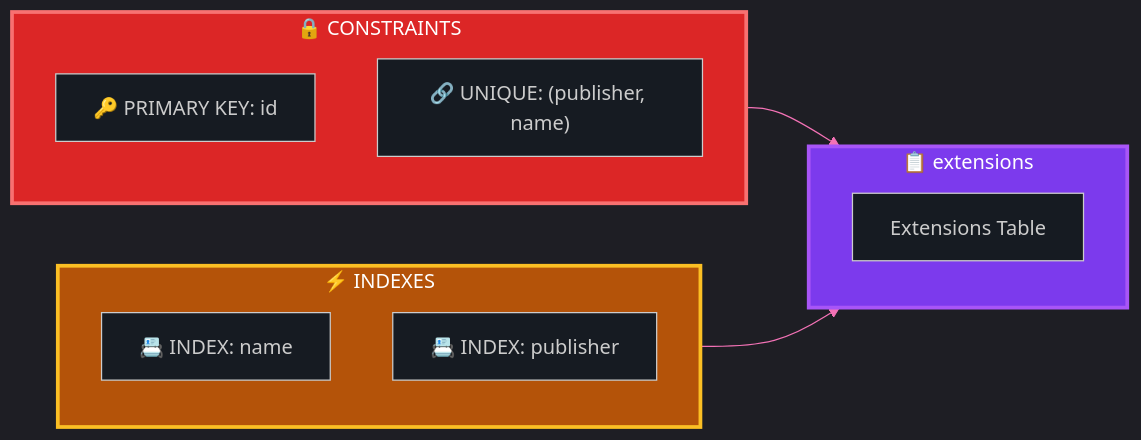
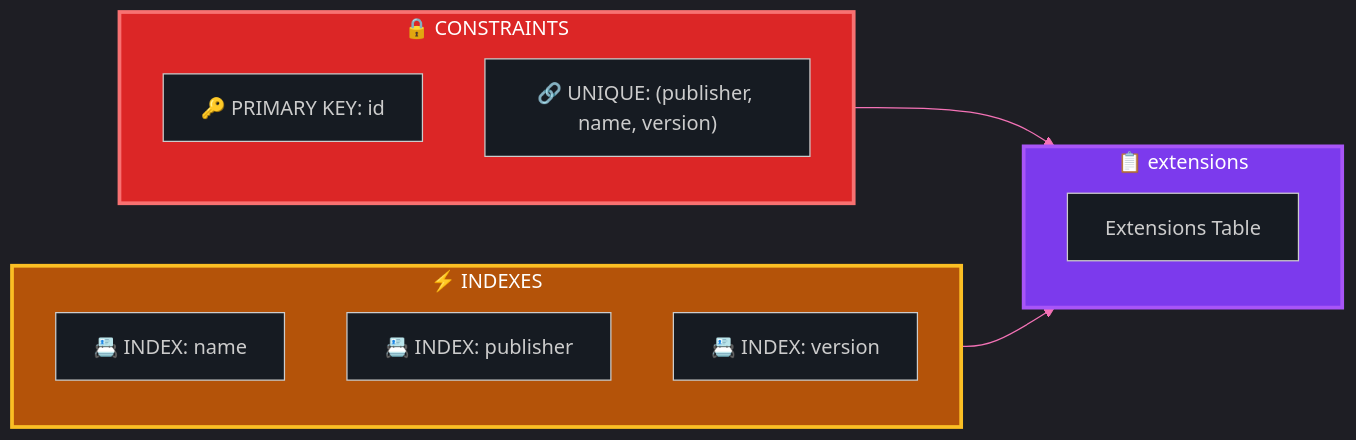
The ninth of 14 diagrams in ARCHITECTURE.md (Ekremunalytu/automation_enviroment), drawn with Mermaid before and after one commit. The commit also changed other lines of this file and 7 other files, not shown here.

````diff
--- a/ARCHITECTURE.md
+++ b/ARCHITECTURE.md
@@ -449,24 +450,25 @@
 ```mermaid
 %%{init: {'theme': 'dark', 'themeVariables': { 'background': '#0d1117', 'primaryColor': '#ec4899', 'primaryTextColor': '#e6edf3', 'lineColor': '#f472b6', 'mainBkg': '#161b22', 'nodeBkg': '#21262d', 'clusterBkg': '#161b22'}}}%%
 flowchart LR
     subgraph Constraints["🔒 CONSTRAINTS"]
         PK["🔑 PRIMARY KEY: id"]
-        UQ["🔗 UNIQUE: (publisher, name)"]
+        UQ["🔗 UNIQUE: (publisher, name, version)"]
     end
     
     subgraph Indexes["⚡ INDEXES"]
         IDX1["📇 INDEX: name"]
         IDX2["📇 INDEX: publisher"]
+        IDX3["📇 INDEX: version"]
     end
     
     subgraph Table["📋 extensions"]
         T["Extensions Table"]
     end
     
     Constraints --> Table
     Indexes --> Table
 
     style Constraints fill:#dc2626,stroke:#f87171,stroke-width:3px,color:#fff
     style Indexes fill:#b45309,stroke:#fbbf24,stroke-width:3px,color:#fff
     style Table fill:#7c3aed,stroke:#a855f7,stroke-width:3px,color:#fff
 ```
````
